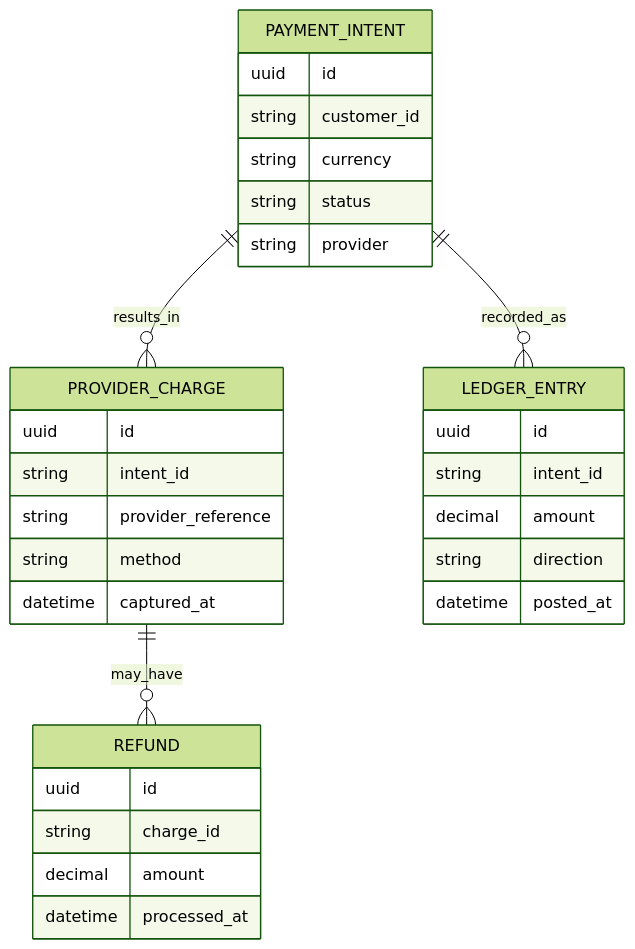
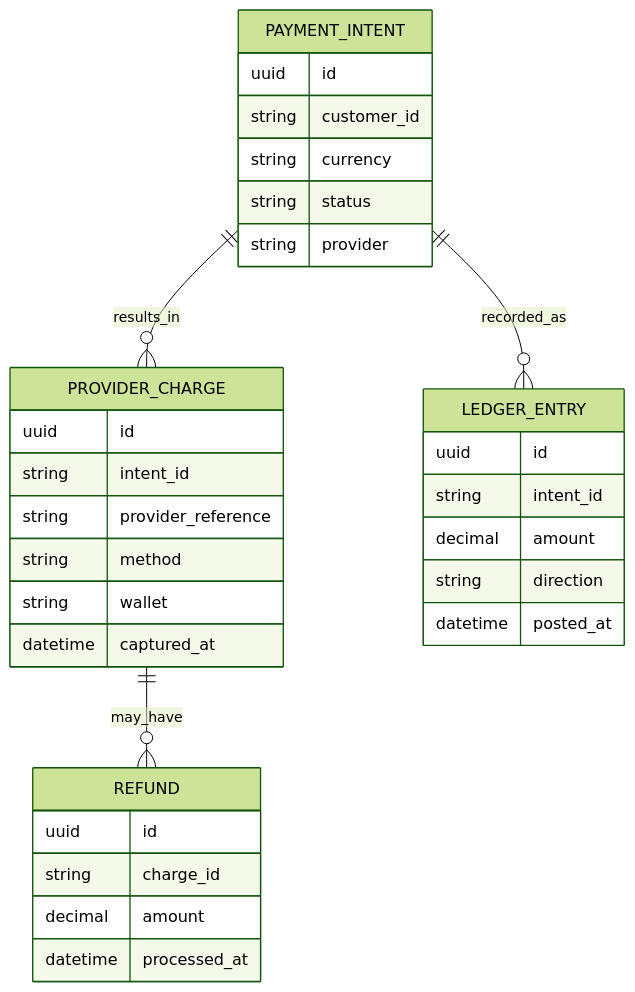
Before and after one commit to marcelkenner/clarivum: the diagram in docs/diagrams/adr-011-payments-and-checkout-orchestration/data-lineage.mmd, drawn with Mermaid (forest theme). The commit also changed 42 other files, not shown here.

````diff
--- a/docs/diagrams/adr-011-payments-and-checkout-orchestration/data-lineage.mmd
+++ b/docs/diagrams/adr-011-payments-and-checkout-orchestration/data-lineage.mmd
@@ -1,33 +1,34 @@
 ```mermaid
 erDiagram
     PAYMENT_INTENT {
         uuid id
         string customer_id
         string currency
         string status
         string provider
     }
     PROVIDER_CHARGE {
         uuid id
         string intent_id
         string provider_reference
         string method
+        string wallet
         datetime captured_at
     }
     REFUND {
         uuid id
         string charge_id
         decimal amount
         datetime processed_at
     }
     LEDGER_ENTRY {
         uuid id
         string intent_id
         decimal amount
         string direction
         datetime posted_at
     }
     PAYMENT_INTENT ||--o{ PROVIDER_CHARGE : results_in
     PROVIDER_CHARGE ||--o{ REFUND : may_have
     PAYMENT_INTENT ||--o{ LEDGER_ENTRY : recorded_as
 ```
````
